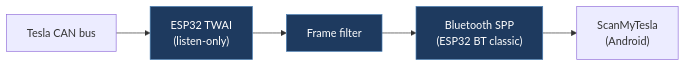
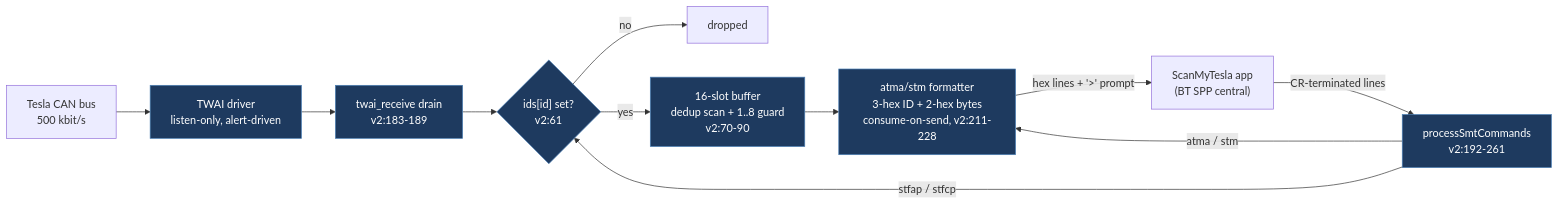
The first of 2 diagrams in docs/legacy/Adminius-ESP32-ScanMyTesla.md (babico/TeslaCANModder), drawn with Mermaid before and after one commit. The commit also changed other lines of this file and 99 other files, not shown here.

````diff
--- a/docs/legacy/Adminius-ESP32-ScanMyTesla.md
+++ b/docs/legacy/Adminius-ESP32-ScanMyTesla.md
@@ -26,9 +85,15 @@
 ```mermaid
 flowchart LR
-    Car["Tesla CAN bus"] --> ESP32["ESP32 TWAI<br/>(listen-only)"]
-    ESP32 --> Filter["Frame filter"]
-    Filter --> BT["Bluetooth SPP<br/>(ESP32 BT classic)"]
-    BT --> App["ScanMyTesla<br/>(Android)"]
-    classDef bridge fill:#1e3a5f,stroke:#4a7fb5,color:#fff
-    class ESP32,Filter,BT bridge
+    Bus["Tesla CAN bus<br/>500 kbit/s"] --> TWAI["TWAI driver<br/>listen-only, alert-driven"]
+    TWAI --> Drain["twai_receive drain<br/>v2:183-189"]
+    Drain --> Gate{"ids[id] set?<br/>v2:61"}
+    Gate -->|no| Drop["dropped"]
+    Gate -->|yes| Buf["16-slot buffer<br/>dedup scan + 1..8 guard<br/>v2:70-90"]
+    Buf --> Dump["atma/stm formatter<br/>3-hex ID + 2-hex bytes<br/>consume-on-send, v2:211-228"]
+    Client["ScanMyTesla app<br/>(BT SPP central)"] -->|"CR-terminated lines"| Parser["processSmtCommands<br/>v2:192-261"]
+    Parser -->|"atma / stm"| Dump
+    Parser -->|"stfap / stfcp"| Gate
+    Dump -->|"hex lines + '>' prompt"| Client
+    classDef upstream fill:#1e3a5f,stroke:#4a7fb5,color:#fff
+    class TWAI,Drain,Gate,Buf,Dump,Parser upstream
 ```
````
